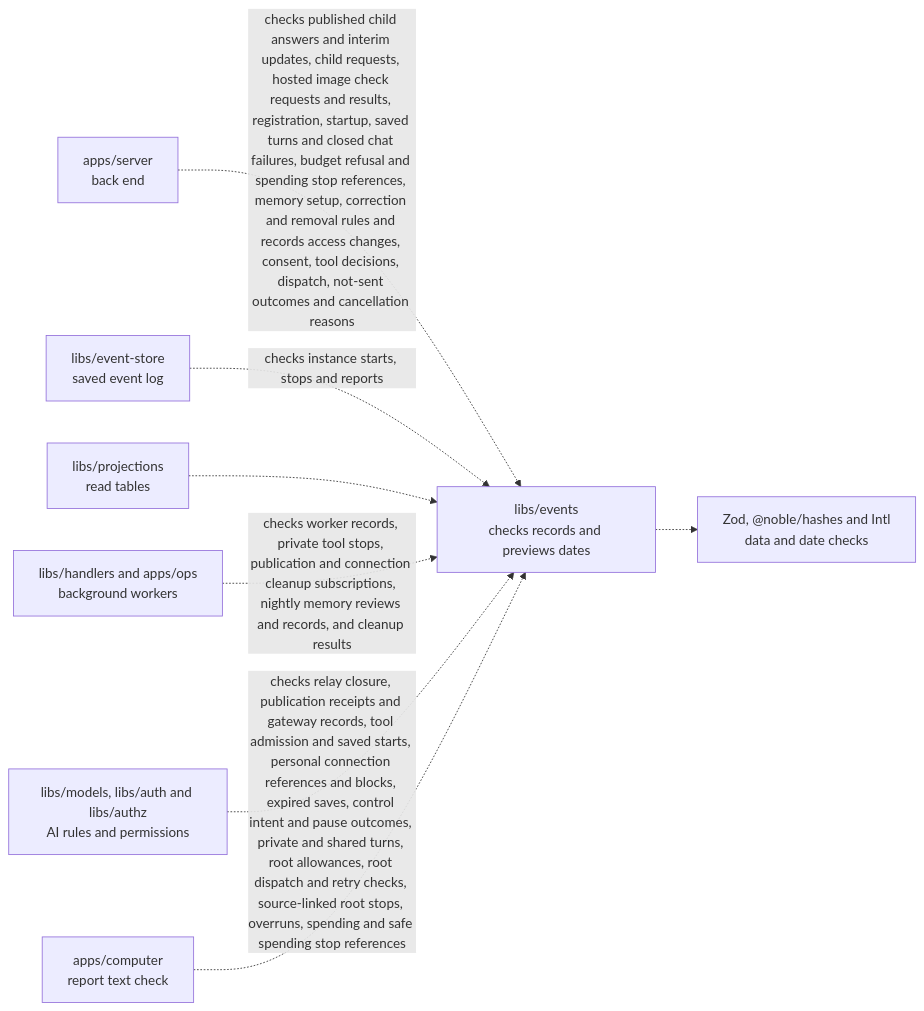
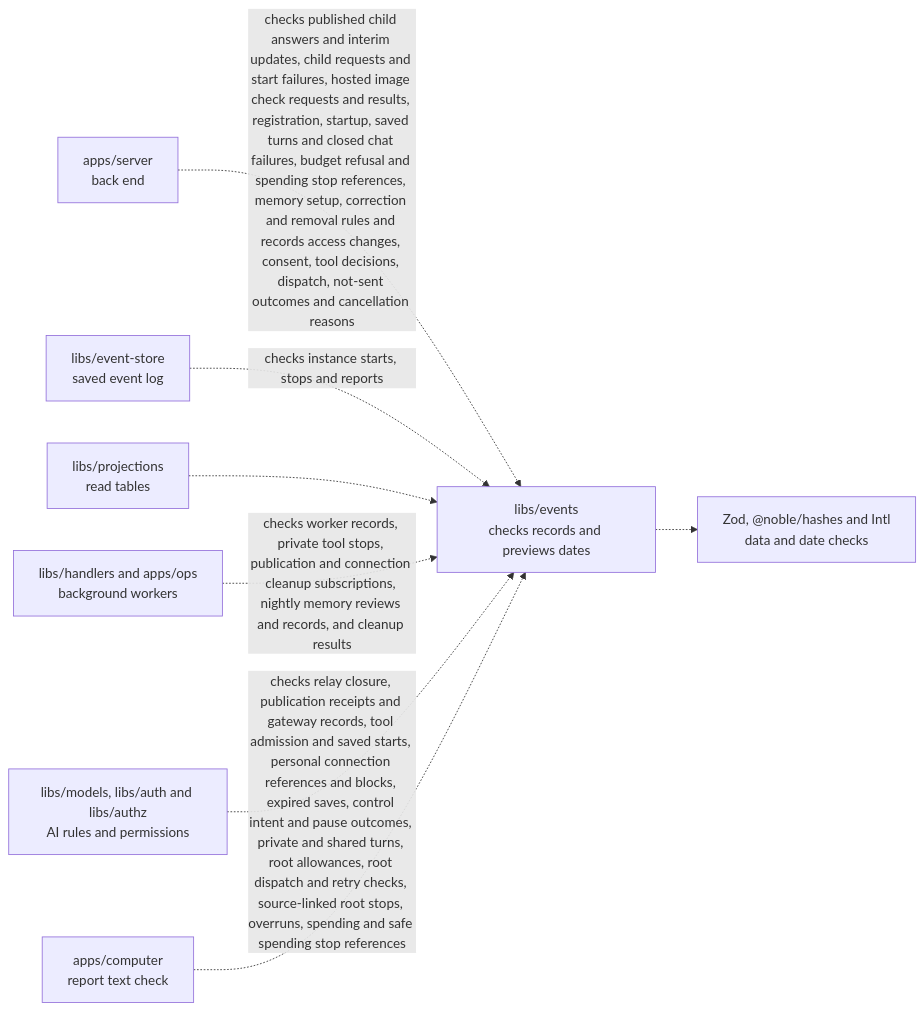
One commit to elewa-git/opencrane-new changed the diagram in libs/events/README.md. Above: the diagram before and after it, drawn with Mermaid. The commit also changed other lines of this file and 25 other files, not shown here.

Commit message:
🛑 Save child start failures and stop recovery before any turn

````diff
--- a/libs/events/README.md
+++ b/libs/events/README.md
@@ -27,10 +27,10 @@
 ```mermaid
 flowchart LR
-  server["apps/server<br/>back end"] -.->|checks published child answers and interim updates, child requests, hosted image check requests and results, registration, startup, saved turns and closed chat failures, budget refusal and spending stop references, memory setup, correction and removal rules and records access changes, consent, tool decisions, dispatch, not-sent outcomes and cancellation reasons| events["libs/events<br/>checks records and previews dates"]
+  server["apps/server<br/>back end"] -.->|checks published child answers and interim updates, child requests and start failures, hosted image check requests and results, registration, startup, saved turns and closed chat failures, budget refusal and spending stop references, memory setup, correction and removal rules and records access changes, consent, tool decisions, dispatch, not-sent outcomes and cancellation reasons| events["libs/events<br/>checks records and previews dates"]
   store["libs/event-store<br/>saved event log"] -.->|checks instance starts, stops and reports| events
   projections["libs/projections<br/>read tables"] -.-> events
   workers["libs/handlers and apps/ops<br/>background workers"] -.->|checks worker records, private tool stops, publication and connection cleanup subscriptions, nightly memory reviews and records, and cleanup results| events
   others["libs/models, libs/auth and libs/authz<br/>AI rules and permissions"] -.->|checks relay closure, publication receipts and gateway records, tool admission and saved starts, personal connection references and blocks, expired saves, control intent and pause outcomes, private and shared turns, root allowances, root dispatch and retry checks, source-linked root stops, overruns, spending and safe spending stop references| events
   computer["apps/computer<br/>report text check"] -.-> events
   events -.-> checks["Zod, @noble/hashes and Intl<br/>data and date checks"]
 ```
````
